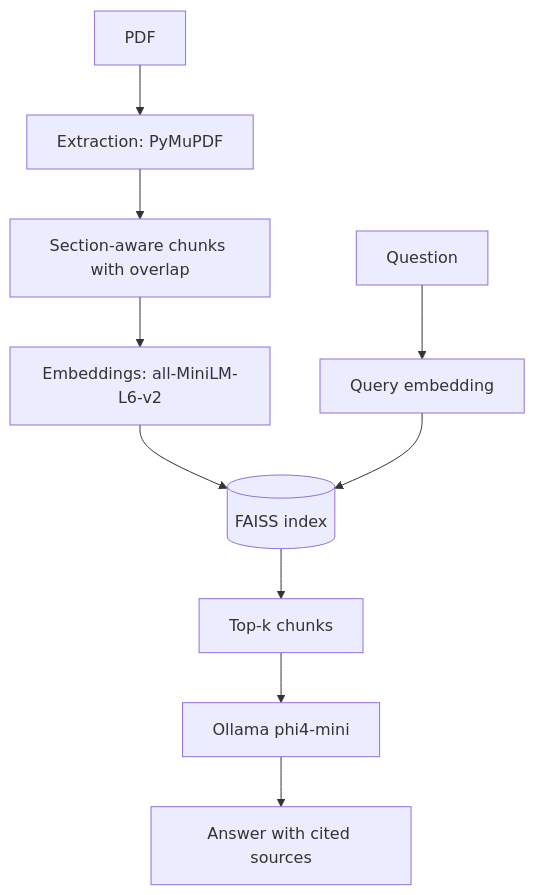
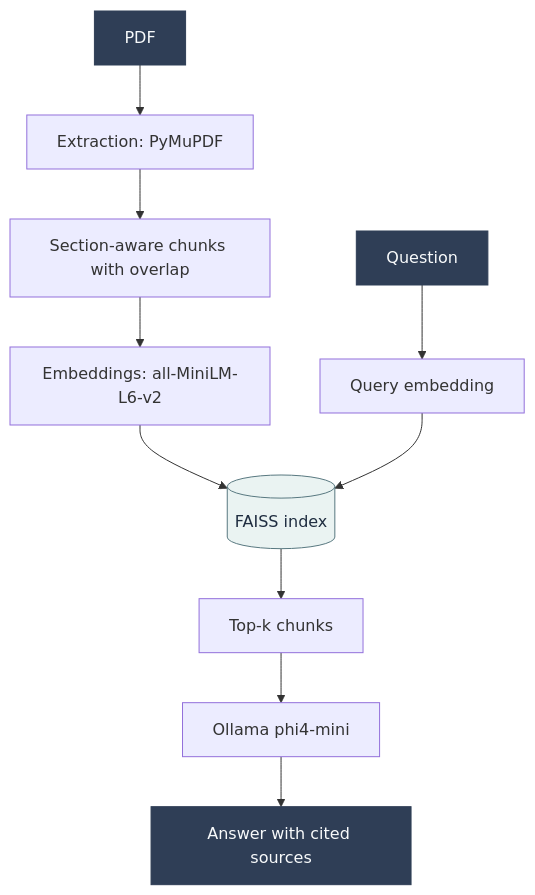
One commit to sadrjahani/sadrjahani.github.io changed the diagram in _research/local-pdf-rag-system.md. Above: the diagram before and after it, drawn with Mermaid. The commit also changed other lines of this file and 93 other files, not shown here.

````diff
--- a/_research/local-pdf-rag-system.md
+++ b/_research/local-pdf-rag-system.md
@@ -23,12 +23,17 @@
 ```mermaid
 flowchart TB
     A[PDF] --> B[Extraction: PyMuPDF]
     B --> C[Section-aware chunks with overlap]
     C --> D[Embeddings: all-MiniLM-L6-v2]
     D --> E[(FAISS index)]
     Q[Question] --> F[Query embedding]
     F --> E
     E --> G[Top-k chunks]
     G --> H[Ollama phi4-mini]
     H --> I[Answer with cited sources]
+    classDef io fill:#2F3E56,stroke:#2F3E56,color:#F8FAFB
+    classDef store fill:#EAF3F2,stroke:#587880,color:#1F2D40
+    classDef tool fill:#F8FAFB,stroke:#44688F,color:#1F2D40
+    class A,Q,I io
+    class E store
 ```
````
